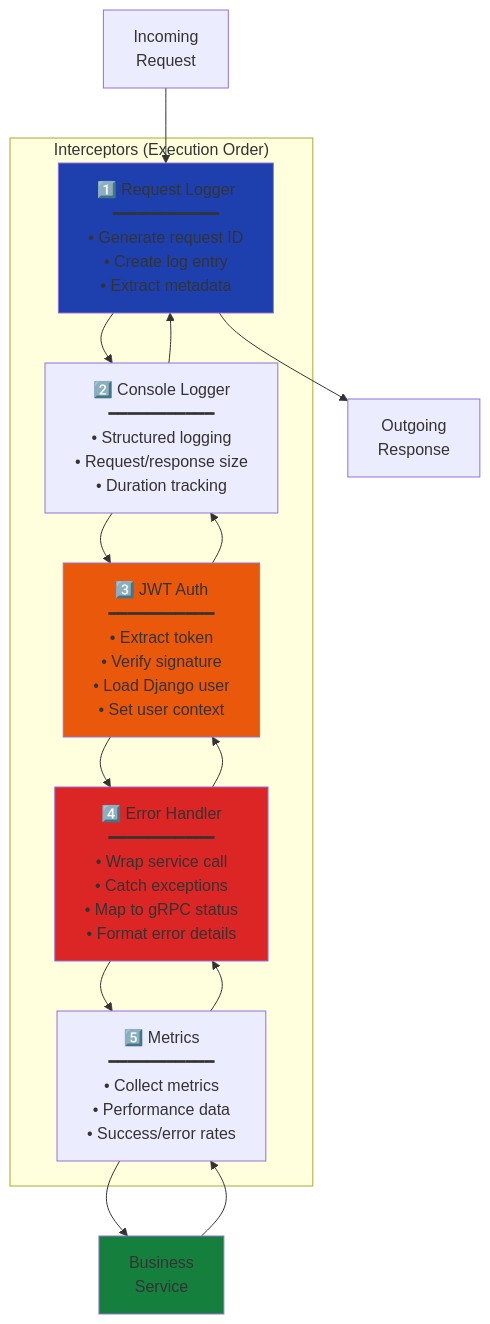
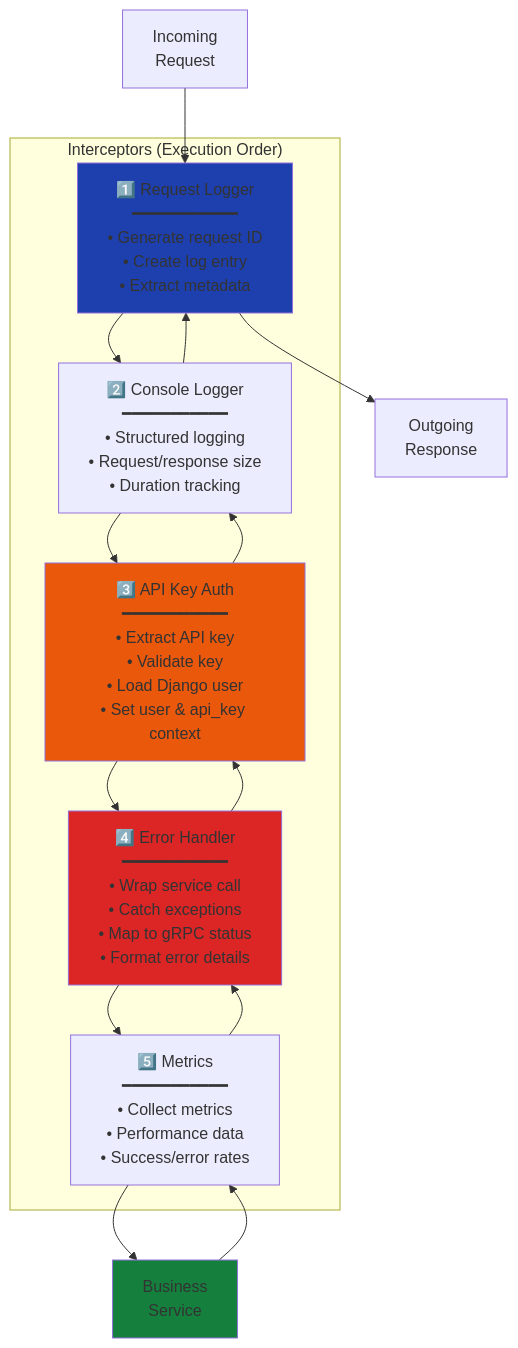
The fourth of 12 diagrams in docs/features/integrations/grpc/architecture.md (markolofsen/django-cfg), drawn with Mermaid before and after one commit. The commit also changed other lines of this file and 41 other files, not shown here.

````diff
--- a/docs/features/integrations/grpc/architecture.md
+++ b/docs/features/integrations/grpc/architecture.md
@@ -216,23 +216,23 @@
 ```mermaid
 graph TB
     Request["Incoming<br/>Request"] --> I1
 
     subgraph "Interceptors (Execution Order)"
         I1["1️⃣ Request Logger<br/>━━━━━━━━━━━<br/>• Generate request ID<br/>• Create log entry<br/>• Extract metadata"]
         I2["2️⃣ Console Logger<br/>━━━━━━━━━━━<br/>• Structured logging<br/>• Request/response size<br/>• Duration tracking"]
-        I3["3️⃣ JWT Auth<br/>━━━━━━━━━━━<br/>• Extract token<br/>• Verify signature<br/>• Load Django user<br/>• Set user context"]
+        I3["3️⃣ API Key Auth<br/>━━━━━━━━━━━<br/>• Extract API key<br/>• Validate key<br/>• Load Django user<br/>• Set user & api_key context"]
         I4["4️⃣ Error Handler<br/>━━━━━━━━━━━<br/>• Wrap service call<br/>• Catch exceptions<br/>• Map to gRPC status<br/>• Format error details"]
         I5["5️⃣ Metrics<br/>━━━━━━━━━━━<br/>• Collect metrics<br/>• Performance data<br/>• Success/error rates"]
     end
 
     Service["Business<br/>Service"]
     Response["Outgoing<br/>Response"]
 
     I1 --> I2 --> I3 --> I4 --> I5 --> Service
     Service --> I5 --> I4 --> I3 --> I2 --> I1 --> Response
 
     style I1 fill:#1e40af
     style I3 fill:#ea580c
     style I4 fill:#dc2626
     style Service fill:#15803d
 ```
````
